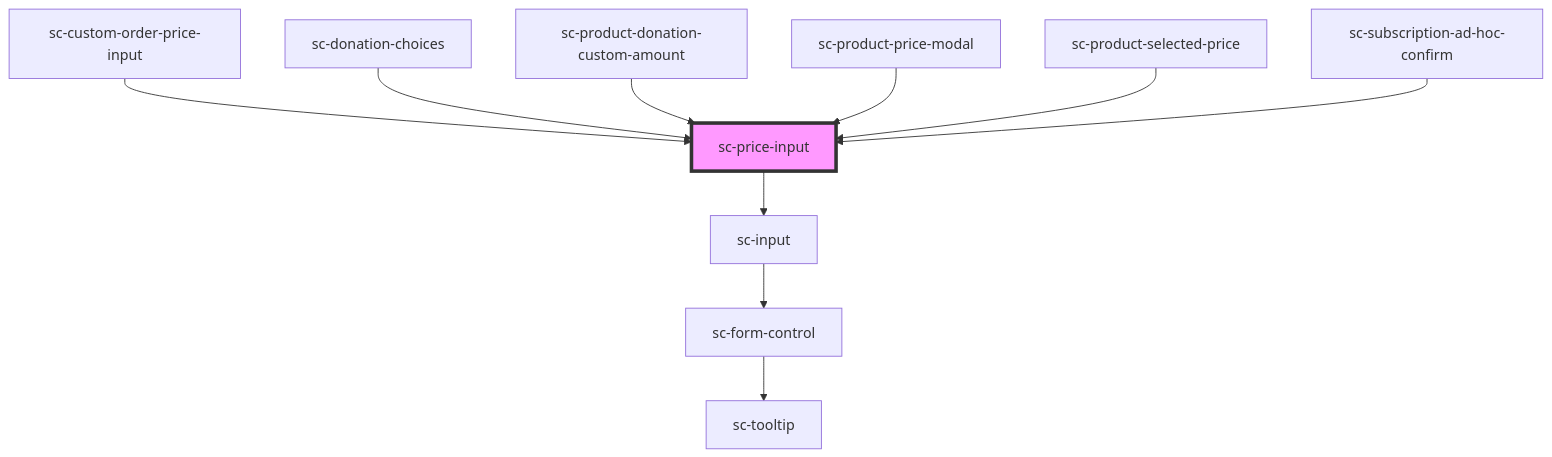
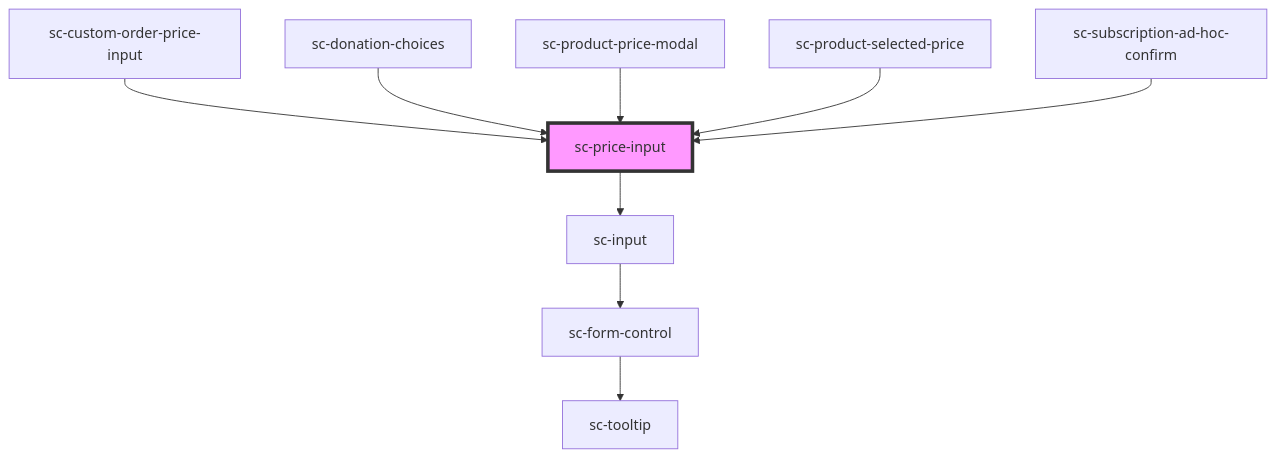
Before and after one commit to surecart/surecart-wp-plugin: the diagram in packages/components/src/components/ui/price-input/readme.md, drawn with Mermaid. The commit also changed other lines of this file and 8 other files, not shown here.

Commit message:
Added Rich Text to edit the Donation amount text

````diff
--- a/packages/components/src/components/ui/price-input/readme.md
+++ b/packages/components/src/components/ui/price-input/readme.md
@@ -115,13 +114,12 @@
 ```mermaid
 graph TD;
   sc-price-input --> sc-input
   sc-input --> sc-form-control
   sc-form-control --> sc-tooltip
   sc-custom-order-price-input --> sc-price-input
   sc-donation-choices --> sc-price-input
-  sc-product-donation-custom-amount --> sc-price-input
   sc-product-price-modal --> sc-price-input
   sc-product-selected-price --> sc-price-input
   sc-subscription-ad-hoc-confirm --> sc-price-input
   style sc-price-input fill:#f9f,stroke:#333,stroke-width:4px
 ```
````
